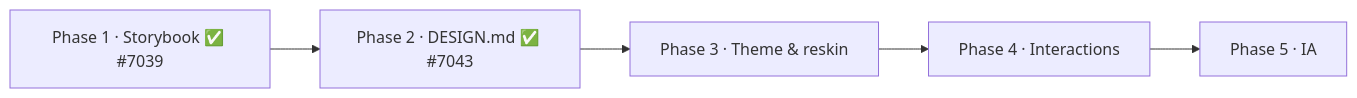
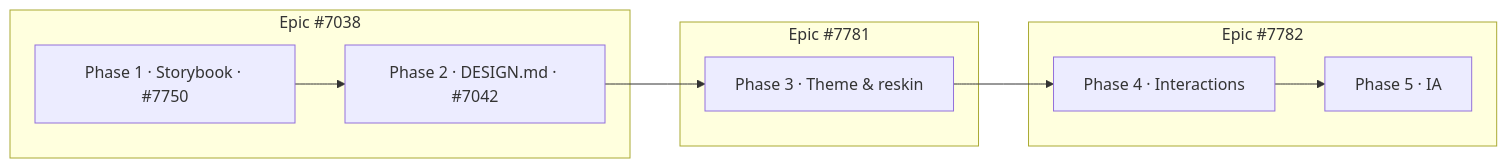
One commit to nearai/ironclaw changed the diagram in docs/internal/reborn/design-system/PLAN.md. Above: the diagram before and after it, drawn with Mermaid. The commit also changed other lines of this file and 4 other files, not shown here.

First line of the commit message:
docs(design-system): track the three-Epic split and refresh phase/PR state

````diff
--- a/docs/internal/reborn/design-system/PLAN.md
+++ b/docs/internal/reborn/design-system/PLAN.md
@@ -13,4 +22,15 @@
 ```mermaid
 flowchart LR
-  P1["Phase 1 · Storybook ✅ #7039"] --> P2["Phase 2 · DESIGN.md ✅ #7043"] --> P3["Phase 3 · Theme & reskin"] --> P4["Phase 4 · Interactions"] --> P5["Phase 5 · IA"]
+  P1["Phase 1 · Storybook · #7750"] --> P2["Phase 2 · DESIGN.md · #7042"] --> P3["Phase 3 · Theme & reskin"] --> P4["Phase 4 · Interactions"] --> P5["Phase 5 · IA"]
+  subgraph E1["Epic #7038"]
+    P1
+    P2
+  end
+  subgraph E2["Epic #7781"]
+    P3
+  end
+  subgraph E3["Epic #7782"]
+    P4
+    P5
+  end
 ```
````
